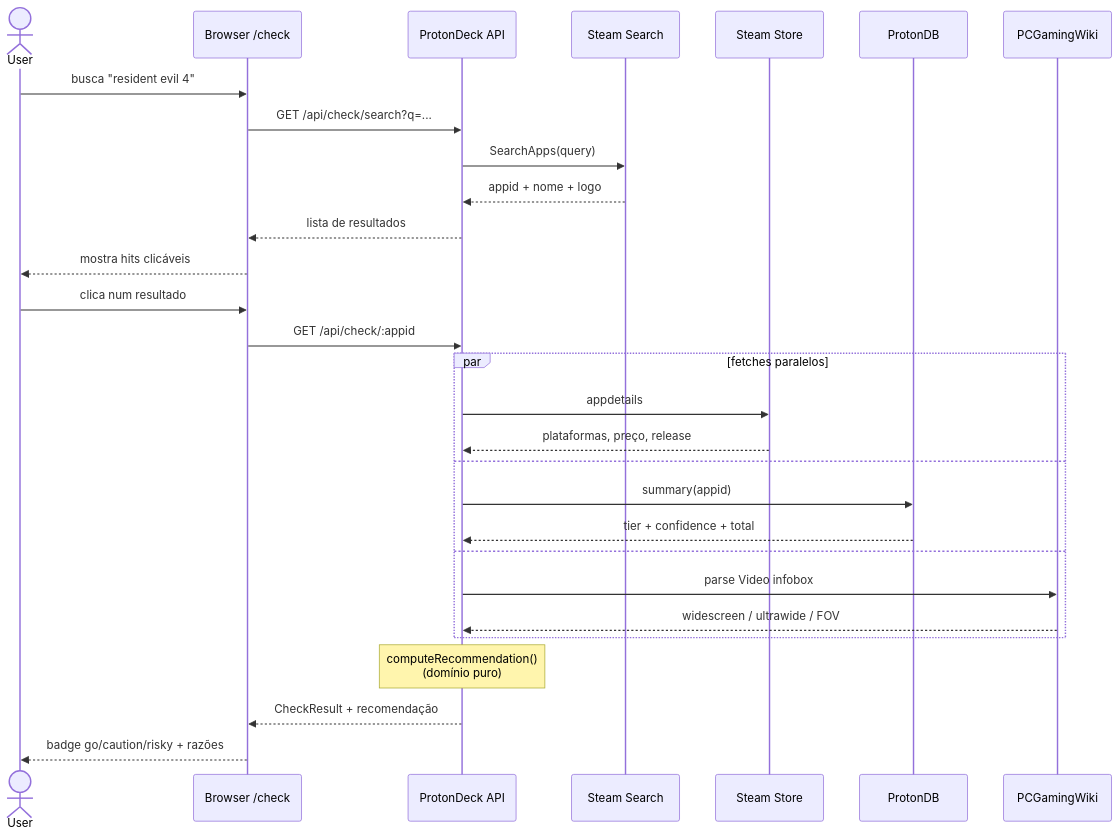
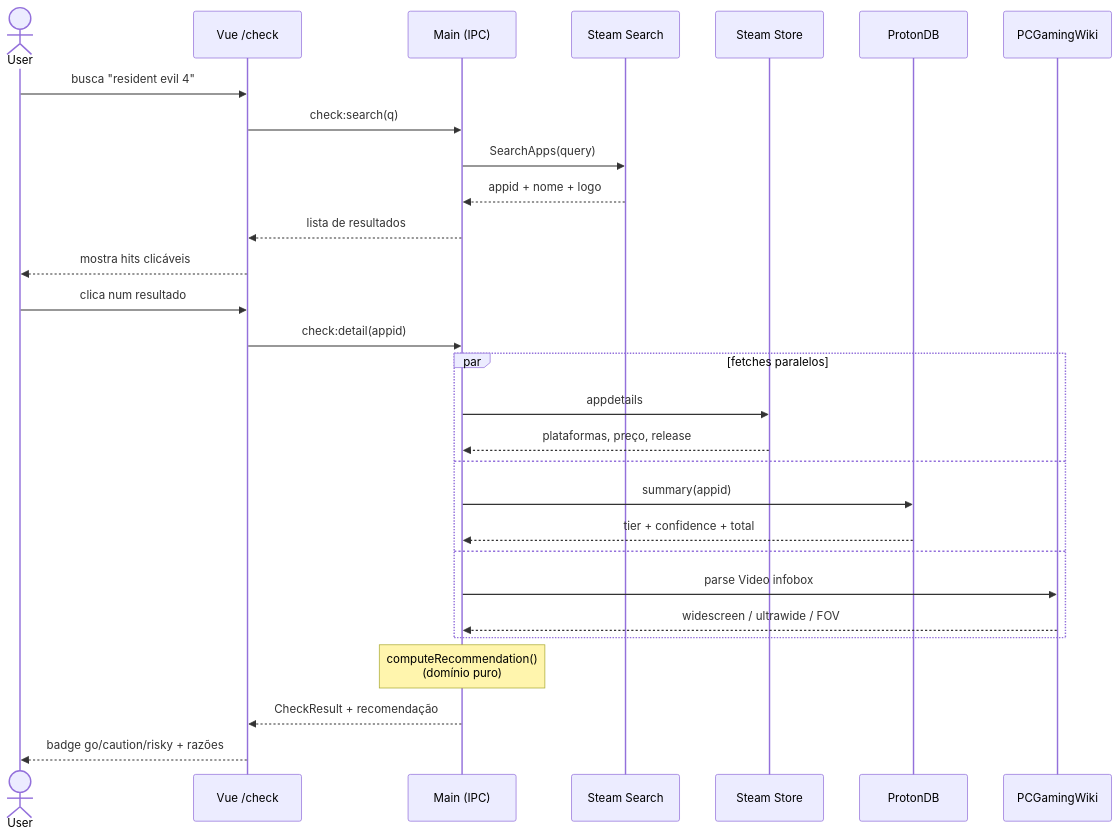
One commit to rmarquespaixao-eng/protondeck changed the second of 3 diagrams in README.md. Above: the diagram before and after it, drawn with Mermaid. The commit also changed other lines of this file and 160 other files, not shown here.

First line of the commit message:
feat(electron): migra de Fastify+EJS embarcado para Electron IPC + Vue 3

````diff
--- a/README.md
+++ b/README.md
@@ -387,35 +288,35 @@
 ```mermaid
 sequenceDiagram
     actor User
-    participant UI as Browser /check
-    participant API as ProtonDeck API
+    participant UI as Vue /check
+    participant API as Main (IPC)
     participant Steam as Steam Search
     participant Store as Steam Store
     participant Proton as ProtonDB
     participant PCGW as PCGamingWiki
 
     User->>UI: busca "resident evil 4"
-    UI->>API: GET /api/check/search?q=...
+    UI->>API: check:search(q)
     API->>Steam: SearchApps(query)
     Steam-->>API: appid + nome + logo
     API-->>UI: lista de resultados
     UI-->>User: mostra hits clicáveis
 
     User->>UI: clica num resultado
-    UI->>API: GET /api/check/:appid
+    UI->>API: check:detail(appid)
 
     par fetches paralelos
         API->>Store: appdetails
         Store-->>API: plataformas, preço, release
     and
         API->>Proton: summary(appid)
         Proton-->>API: tier + confidence + total
     and
         API->>PCGW: parse Video infobox
         PCGW-->>API: widescreen / ultrawide / FOV
     end
 
     Note over API: computeRecommendation()<br/>(domínio puro)
     API-->>UI: CheckResult + recomendação
     UI-->>User: badge go/caution/risky + razões
 ```
````
